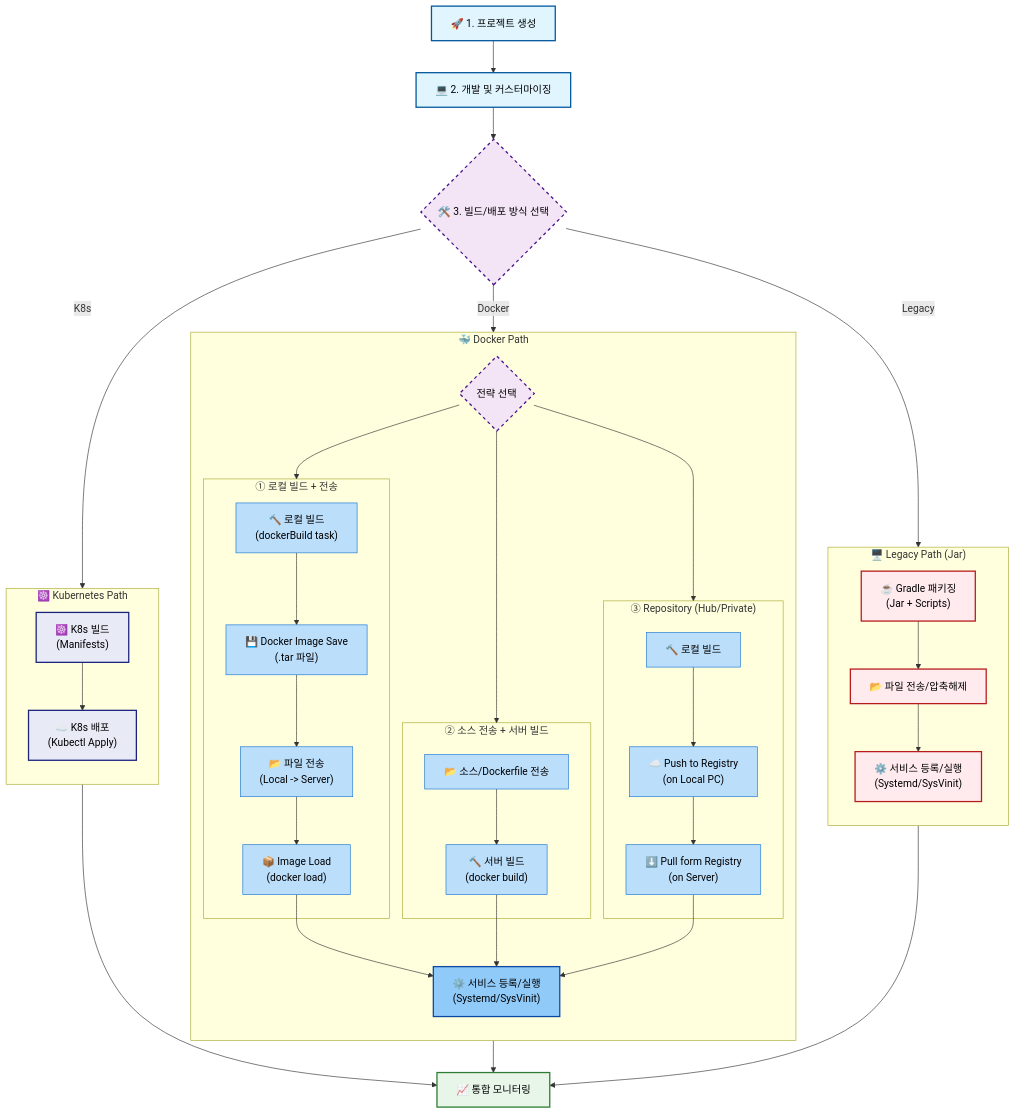
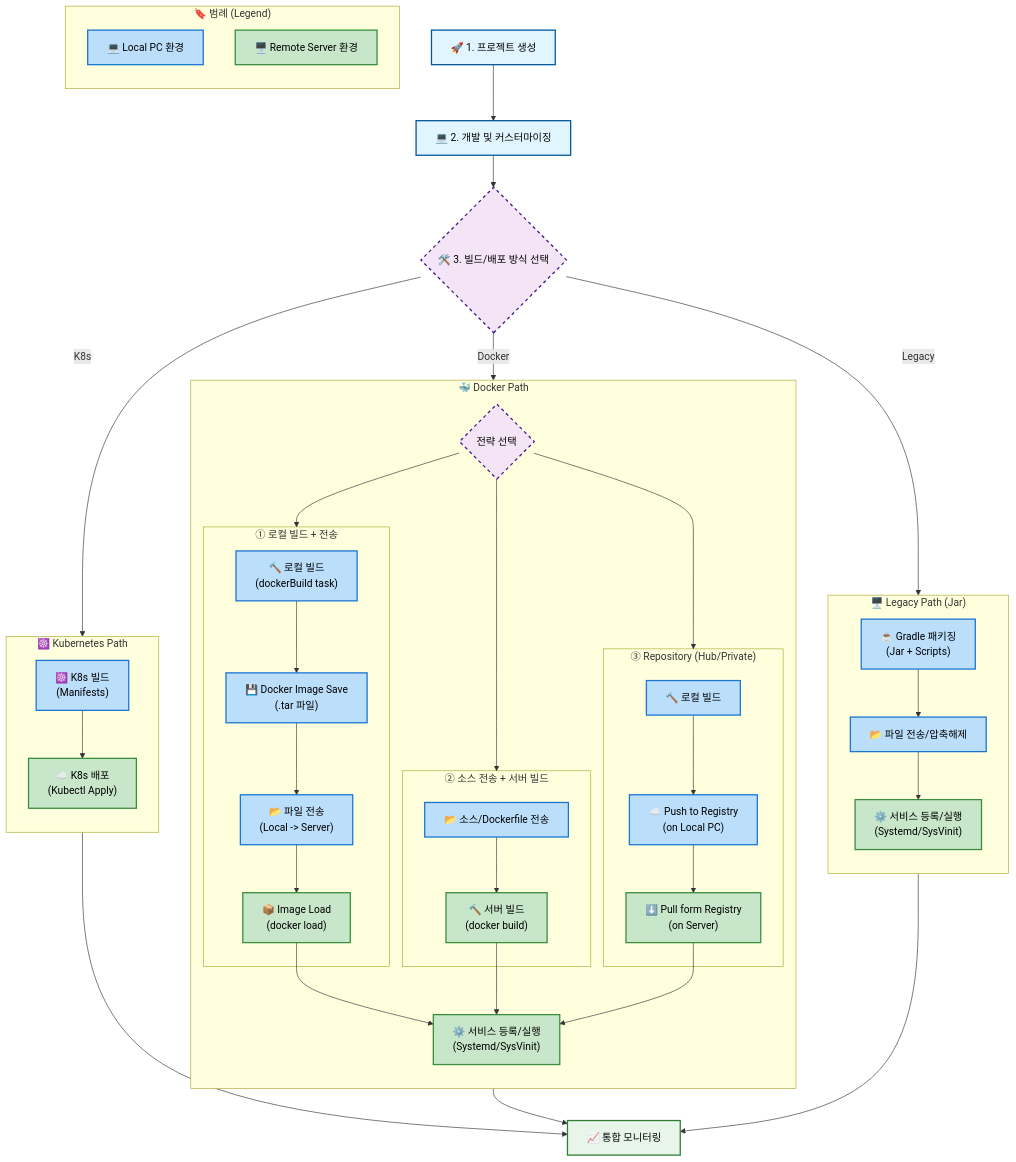
The first of 2 diagrams in README.md (MJ-Youn/build-template), drawn with Mermaid before and after one commit. The commit also changed other lines of this file, not shown here.

````diff
--- a/README.md
+++ b/README.md
@@ -288,14 +288,14 @@
     subgraph Docker ["🐳 Docker Path"]
         direction TB
         DockerDecide{"전략 선택"}
-        
+
         %% Strategy 1: Local Image
         subgraph DockerOpt1 ["① 로컬 빌드 + 전송"]
             D1_Build["🔨 로컬 빌드<br/>(dockerBuild task)"]
             D1_Save["💾 Docker Image Save<br/>(.tar 파일)"]
             D1_Trans["📂 파일 전송<br/>(Local -> Server)"]
             D1_Load["📦 Image Load<br/>(docker load)"]
-            
+
             D1_Build --> D1_Save --> D1_Trans --> D1_Load
         end
 
@@ -303,7 +303,7 @@
         subgraph DockerOpt2 ["② 소스 전송 + 서버 빌드"]
             D2_Trans["📂 소스/Dockerfile 전송"]
             D2_Build["🔨 서버 빌드<br/>(docker build)"]
-            
+
             D2_Trans --> D2_Build
         end
 
@@ -312,14 +312,14 @@
             D3_Build["🔨 로컬 빌드"]
             D3_Push["☁️ Push to Registry<br/>(on Local PC)"]
             D3_Pull["⬇️ Pull form Registry<br/>(on Server)"]
-            
+
             D3_Build --> D3_Push --> D3_Pull
         end
 
         DockerDecide --> DockerOpt1
         DockerDecide --> DockerOpt2
         DockerDecide --> DockerOpt3
-        
+
         D1_Load --> DockerService["⚙️ 서비스 등록/실행<br/>(Systemd/SysVinit)"]
         D2_Build --> DockerService
         D3_Pull --> DockerService
@@ -341,26 +341,31 @@
     DockerService --> Monitor
     K8sDeploy --> Monitor
 
+    %% 범례
+    subgraph Legend ["🔖 범례 (Legend)"]
+        direction TB
+        L1["💻 Local PC 환경"]
+        L2["🖥️ Remote Server 환경"]
+    end
+
     %% 스타일 정의
     classDef default fill:#f9f9f9,stroke:#333,stroke-width:1px;
     classDef start fill:#E1F5FE,stroke:#01579B,stroke-width:2px,color:#000;
     classDef decision fill:#F3E5F5,stroke:#4A148C,stroke-width:2px,color:#000,stroke-dasharray: 5 5;
     classDef legacy fill:#FFEBEE,stroke:#B71C1C,stroke-width:2px,color:#000;
     classDef docker fill:#E3F2FD,stroke:#0D47A1,stroke-width:2px,color:#000;
-    classDef docker_node fill:#BBDEFB,stroke:#1976D2,stroke-width:1px,color:#000;
-    classDef docker_service fill:#90CAF9,stroke:#0D47A1,stroke-width:2px,color:#000;
     classDef k8s fill:#E8EAF6,stroke:#1A237E,stroke-width:2px,color:#000;
     classDef endNode fill:#E8F5E9,stroke:#2E7D32,stroke-width:2px,color:#000;
 
+    %% 환경별 (Local, Remote) Style
+    classDef local_env fill:#BBDEFB,stroke:#1976D2,stroke-width:2px,color:#000;
+    classDef remote_env fill:#C8E6C9,stroke:#388E3C,stroke-width:2px,color:#000;
+
     class Start,Dev start;
     class BuildSelect,DockerDecide decision;
-    class LegacyBuild,LegacyTrans,LegacyDeploy legacy;
-    class K8sBuild,K8sDeploy k8s;
     class Monitor endNode;
-    
-    %% Docker Nodes Styling
-    class D1_Build,D1_Save,D1_Trans,D1_Load docker_node;
-    class D2_Trans,D2_Build docker_node;
-    class D3_Build,D3_Push,D3_Pull docker_node;
-    class DockerService docker_service;
+
+    %% Nodes & Legend Styling (Local vs Remote)
+    class LegacyBuild,LegacyTrans,K8sBuild,D1_Build,D1_Save,D1_Trans,D2_Trans,D3_Build,D3_Push,L1 local_env;
+    class LegacyDeploy,K8sDeploy,D1_Load,D2_Build,D3_Pull,DockerService,L2 remote_env;
 ```
````
